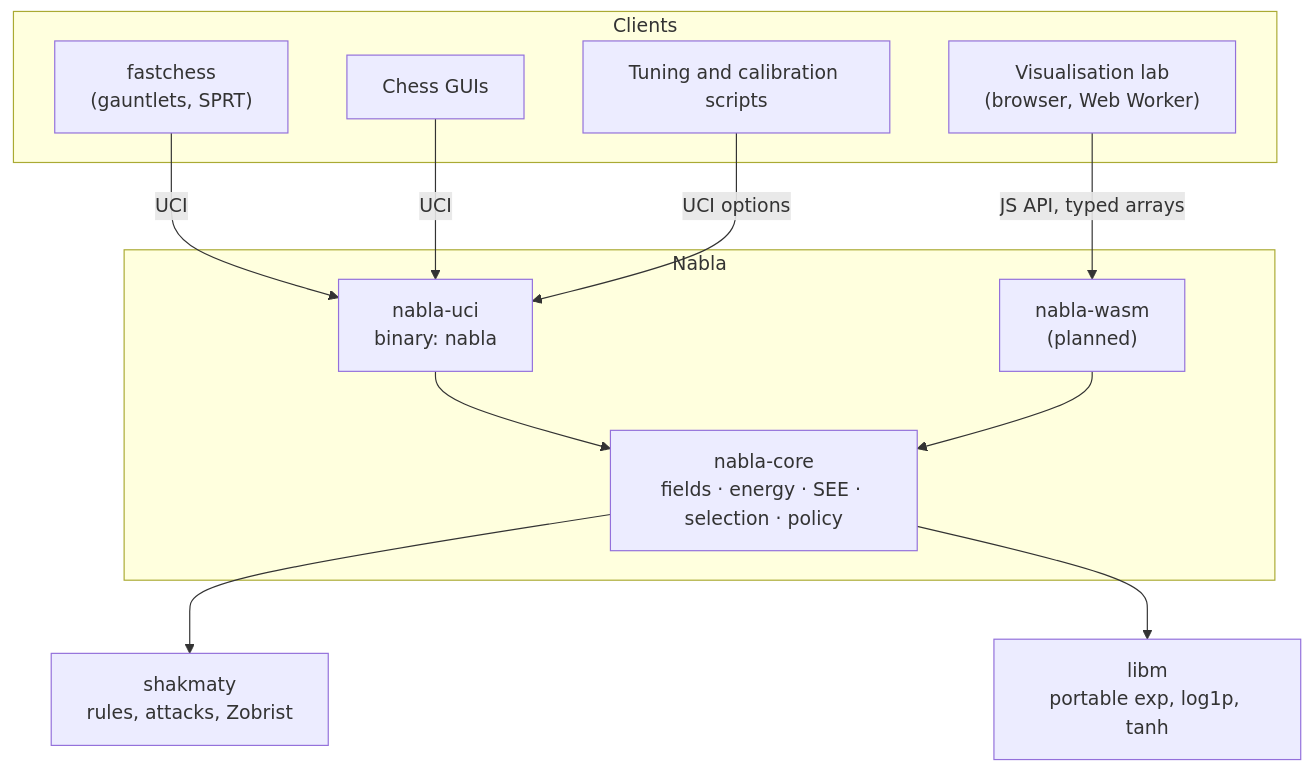
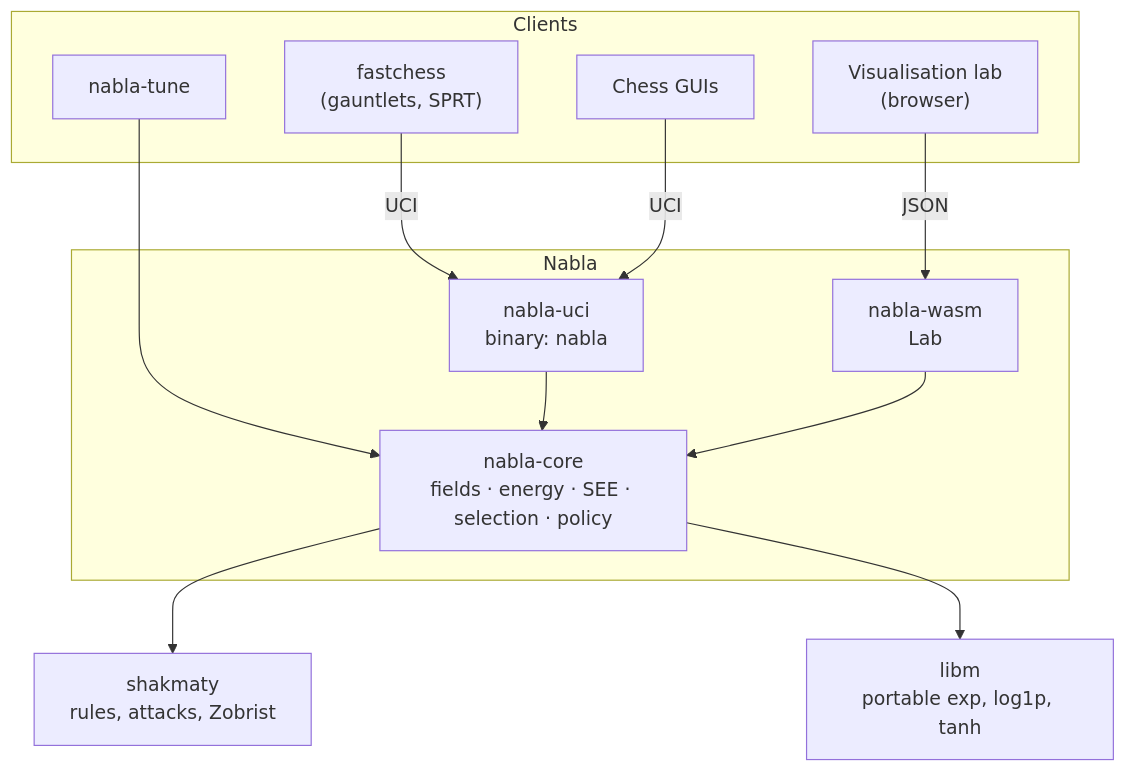
The diagram in docs/design/05-architecture.md (sr2echa/Nabla), drawn with Mermaid before and after one commit. The commit also changed other lines of this file and 9 other files, not shown here.

````diff
--- a/docs/design/05-architecture.md
+++ b/docs/design/05-architecture.md
@@ -29,22 +29,22 @@
 ```mermaid
 flowchart TB
     subgraph Clients
         FC["fastchess<br/>(gauntlets, SPRT)"]
         GUI["Chess GUIs"]
-        LAB["Visualisation lab<br/>(browser, Web Worker)"]
-        TUNE["Tuning and calibration scripts"]
+        LAB["Visualisation lab<br/>(browser)"]
+        TUNE["nabla-tune"]
     end
     subgraph Nabla
         UCI["nabla-uci<br/>binary: nabla"]
-        WASM["nabla-wasm<br/>(planned)"]
+        WASM["nabla-wasm<br/>Lab"]
         CORE["nabla-core<br/>fields · energy · SEE · selection · policy"]
     end
     FC -- UCI --> UCI
     GUI -- UCI --> UCI
-    TUNE -- "UCI options" --> UCI
-    LAB -- "JS API, typed arrays" --> WASM
+    TUNE --> CORE
+    LAB -- JSON --> WASM
     UCI --> CORE
     WASM --> CORE
     CORE --> BOARD["shakmaty<br/>rules, attacks, Zobrist"]
     CORE --> LIBM["libm<br/>portable exp, log1p, tanh"]
 ```
````
